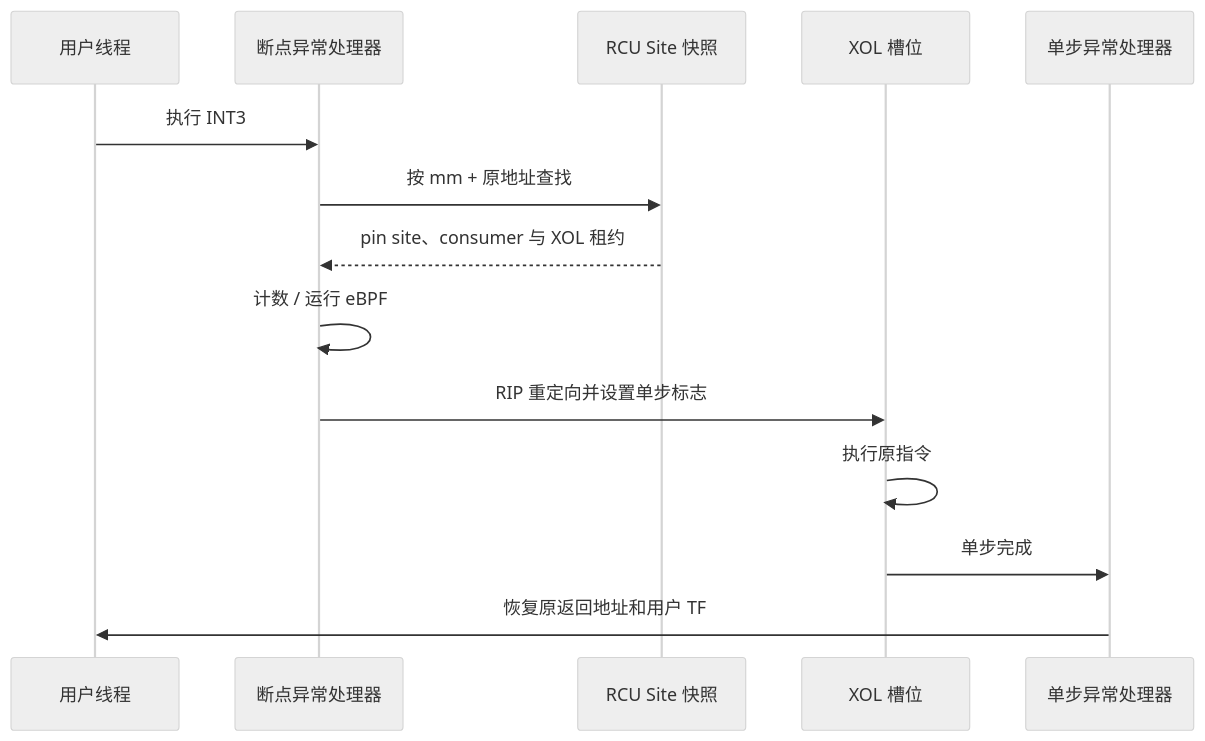
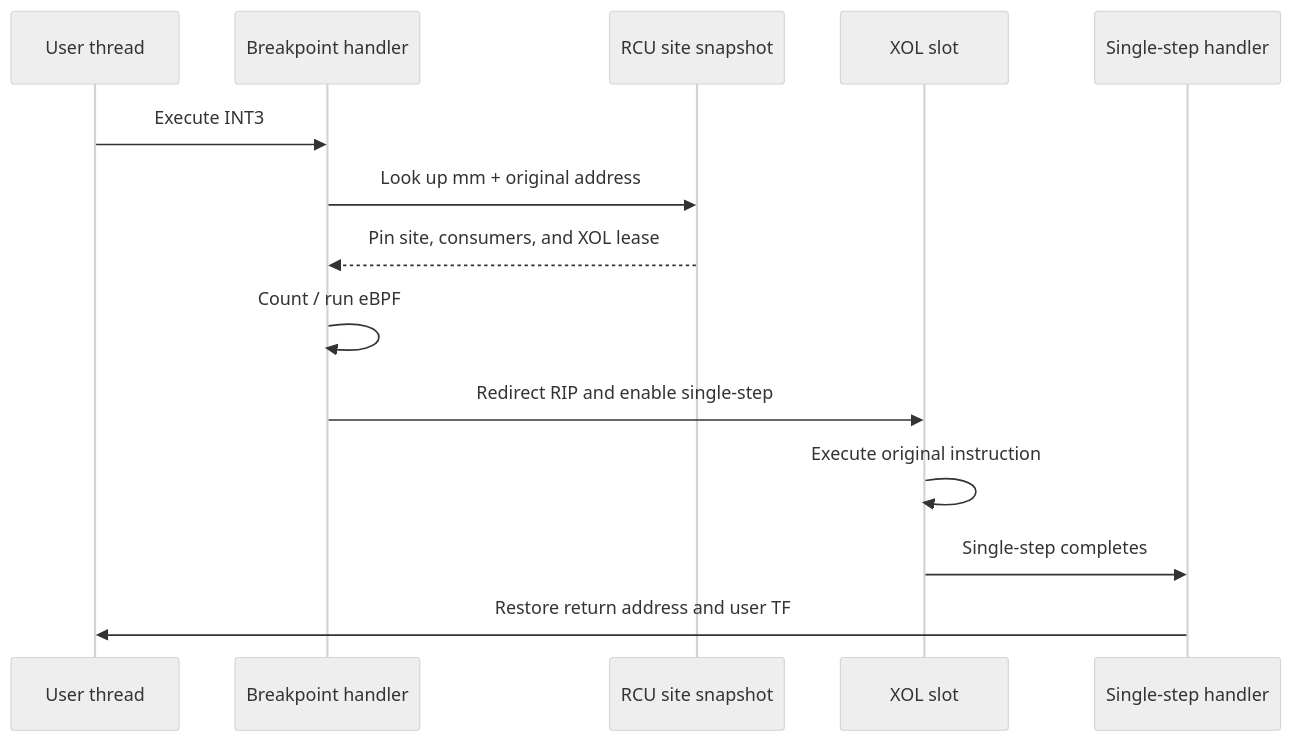
One commit to DragonOS-Community/DragonOS changed the third of 4 diagrams in docs/kernel/trace/uprobe.md. Above: the diagram before and after it, drawn with Mermaid (neutral theme). The commit also changed other lines of this file and 2058 other files, not shown here.

````diff
--- a/docs/kernel/trace/uprobe.md
+++ b/docs/kernel/trace/uprobe.md
@@ -98,17 +100,17 @@
 ```mermaid
 sequenceDiagram
-    participant U as 用户线程
-    participant BP as 断点异常处理器
-    participant S as RCU Site 快照
-    participant X as XOL 槽位
-    participant DB as 单步异常处理器
+    participant U as User thread
+    participant BP as Breakpoint handler
+    participant S as RCU site snapshot
+    participant X as XOL slot
+    participant DB as Single-step handler
 
-    U->>BP: 执行 INT3
-    BP->>S: 按 mm + 原地址查找
-    S-->>BP: pin site、consumer 与 XOL 租约
-    BP->>BP: 计数 / 运行 eBPF
-    BP->>X: RIP 重定向并设置单步标志
-    X->>X: 执行原指令
-    X->>DB: 单步完成
-    DB->>U: 恢复原返回地址和用户 TF
+    U->>BP: Execute INT3
+    BP->>S: Look up mm + original address
+    S-->>BP: Pin site, consumers, and XOL lease
+    BP->>BP: Count / run eBPF
+    BP->>X: Redirect RIP and enable single-step
+    X->>X: Execute original instruction
+    X->>DB: Single-step completes
+    DB->>U: Restore return address and user TF
 ```
````
